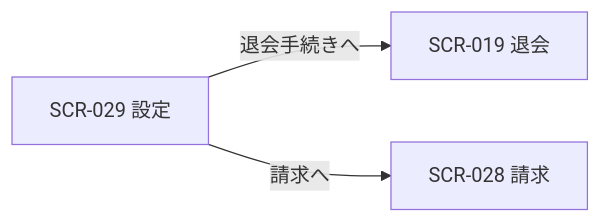
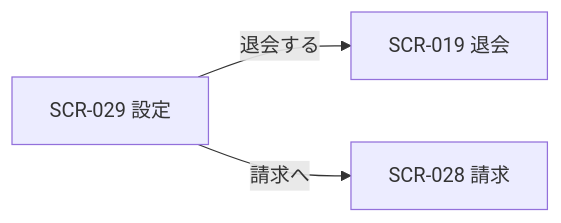
Before and after one commit to sikakou54/open-faq: the diagram in 02_basic_design/01_frontend/01_screens/SCR-029.md, drawn with Mermaid. The commit also changed other lines of this file and 66 other files, not shown here.

````diff
--- a/02_basic_design/01_frontend/01_screens/SCR-029.md
+++ b/02_basic_design/01_frontend/01_screens/SCR-029.md
@@ -21,8 +24,8 @@
 ```mermaid
 flowchart LR
   S23["SCR-029 設定"]
   S14["SCR-019 退会"]
   S22["SCR-028 請求"]
-  S23 -->|退会手続きへ| S14
+  S23 -->|退会する| S14
   S23 -->|請求へ| S22
 ```
````
